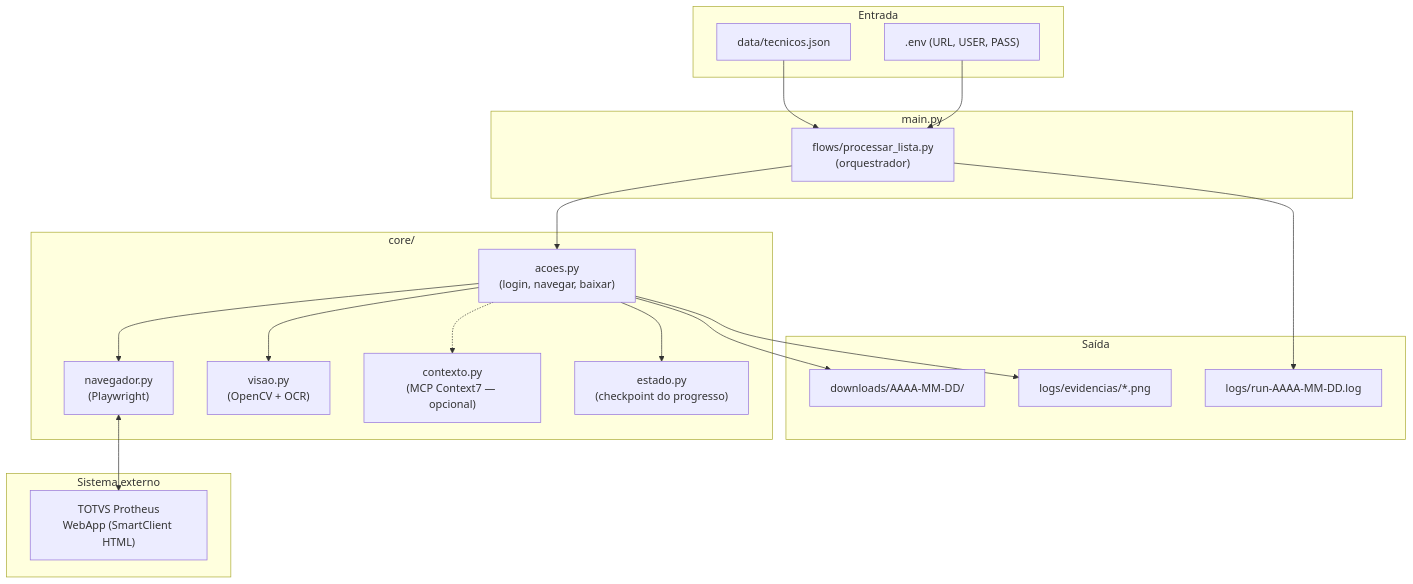
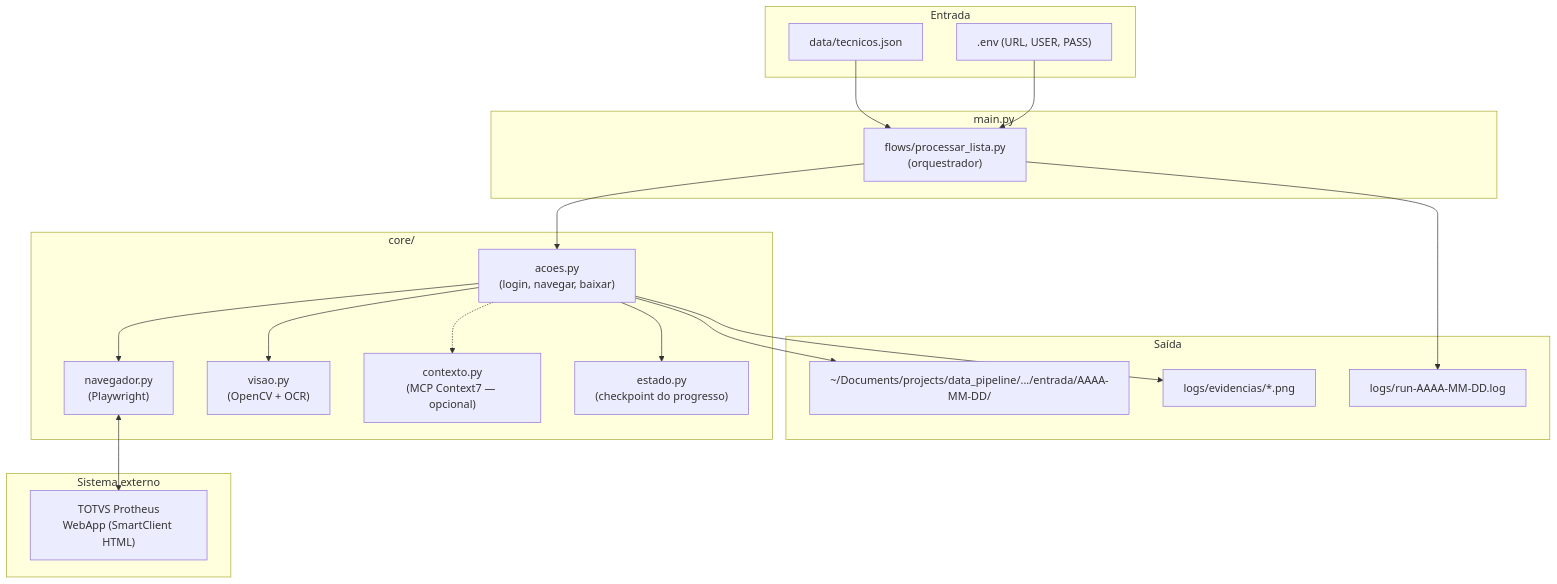
The first of 4 diagrams in PRD.md (Ludsonfrancisco/robo_totvs), drawn with Mermaid before and after one commit. The commit also changed other lines of this file and 16 other files, not shown here.

````diff
--- a/PRD.md
+++ b/PRD.md
@@ -84,41 +84,41 @@
 ```mermaid
 flowchart TB
     subgraph Entry["Entrada"]
         JSON["data/tecnicos.json"]
         ENV[".env (URL, USER, PASS)"]
     end
 
     subgraph App["main.py"]
         ORCH["flows/processar_lista.py<br/>(orquestrador)"]
     end
 
     subgraph Core["core/"]
         NAV["navegador.py<br/>(Playwright)"]
         ACO["acoes.py<br/>(login, navegar, baixar)"]
         VIS["visao.py<br/>(OpenCV + OCR)"]
         CTX["contexto.py<br/>(MCP Context7 — opcional)"]
         EST["estado.py<br/>(checkpoint do progresso)"]
     end
 
     subgraph Saida["Saída"]
-        DL["downloads/AAAA-MM-DD/"]
+        DL["~/Documents/projects/data_pipeline/.../entrada/AAAA-MM-DD/"]
         LOG["logs/run-AAAA-MM-DD.log"]
         EVID["logs/evidencias/*.png"]
     end
 
     subgraph Externo["Sistema externo"]
         TOTVS["TOTVS Protheus<br/>WebApp (SmartClient HTML)"]
     end
 
     JSON --> ORCH
     ENV --> ORCH
     ORCH --> ACO
     ACO --> NAV
     ACO --> VIS
     ACO -.-> CTX
     ACO --> EST
     NAV <--> TOTVS
     ACO --> DL
     ORCH --> LOG
     ACO --> EVID
 ```
````
